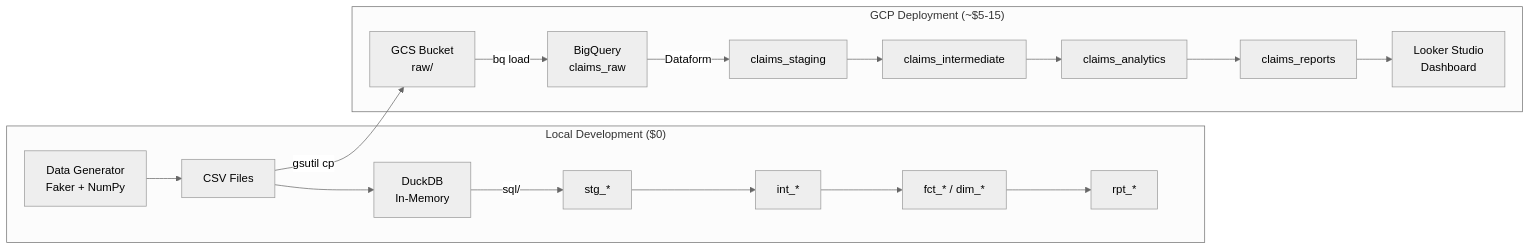
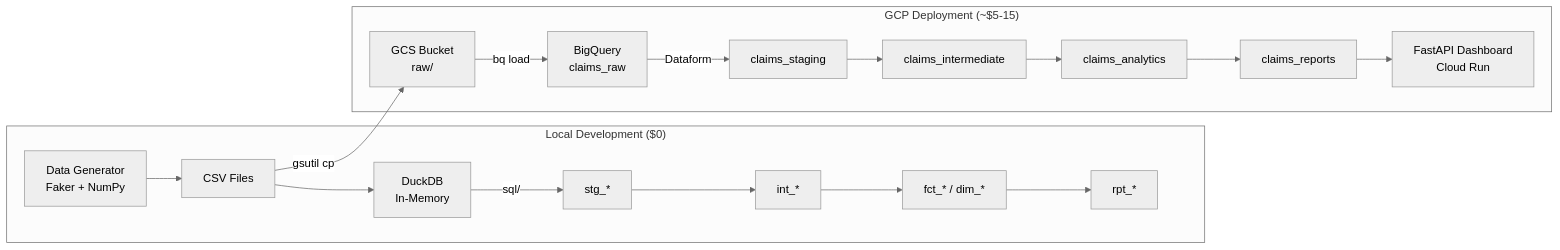
One commit to GonorAndres/data-engineer-path changed the diagram in projects/01-claims-warehouse/README.md. Above: the diagram before and after it, drawn with Mermaid (neutral theme). The commit also changed other lines of this file and 10 other files, not shown here.

````diff
--- a/projects/01-claims-warehouse/README.md
+++ b/projects/01-claims-warehouse/README.md
@@ -37,21 +37,21 @@
 ```mermaid
 graph LR
     subgraph "Local Development ($0)"
         GEN[Data Generator<br/>Faker + NumPy] --> CSV[CSV Files]
         CSV --> DUCK[DuckDB<br/>In-Memory]
         DUCK --> |sql/| STG[stg_*]
         STG --> INT[int_*]
         INT --> MART[fct_* / dim_*]
         MART --> RPT[rpt_*]
     end
 
     subgraph "GCP Deployment (~$5-15)"
         CSV --> |gsutil cp| GCS[GCS Bucket<br/>raw/]
         GCS --> |bq load| RAW[BigQuery<br/>claims_raw]
         RAW --> |Dataform| BQ_STG[claims_staging]
         BQ_STG --> BQ_INT[claims_intermediate]
         BQ_INT --> BQ_MART[claims_analytics]
         BQ_MART --> BQ_RPT[claims_reports]
-        BQ_RPT --> DASH[Looker Studio<br/>Dashboard]
+        BQ_RPT --> DASH[FastAPI Dashboard<br/>Cloud Run]
     end
 ```
````
